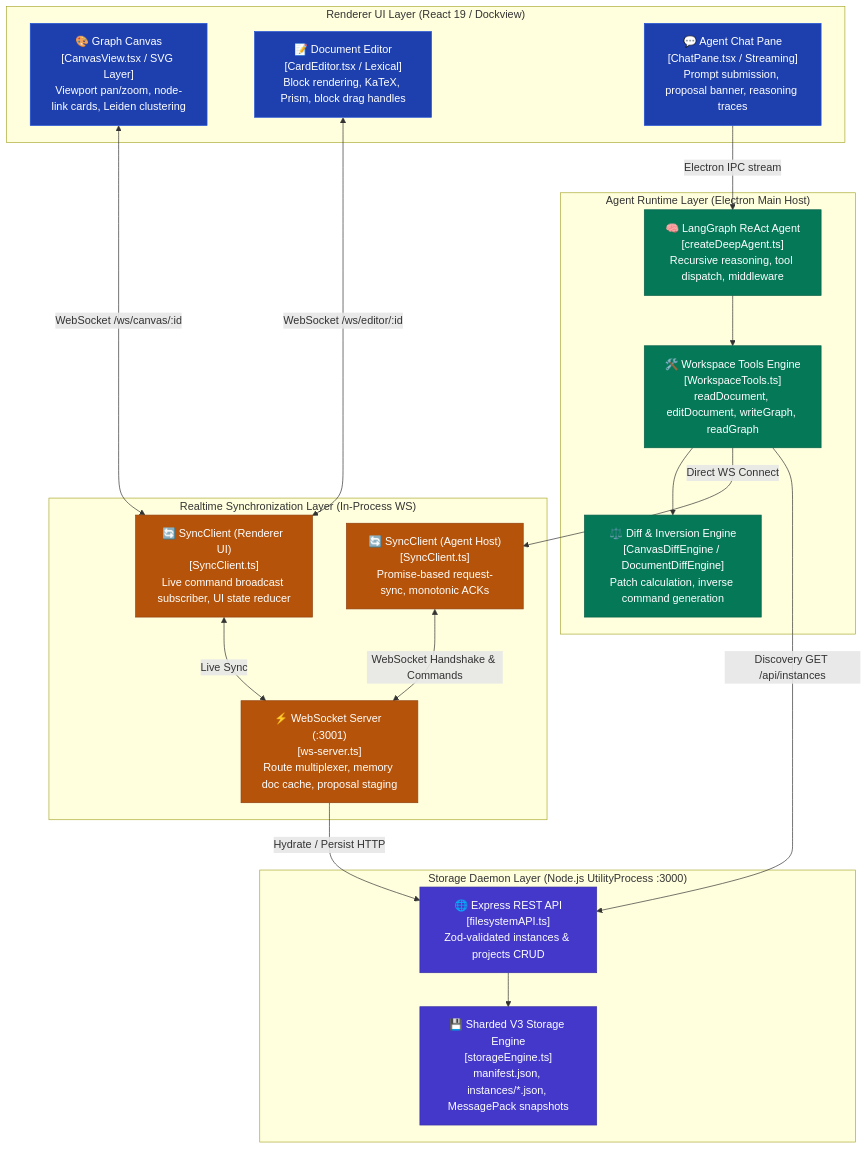
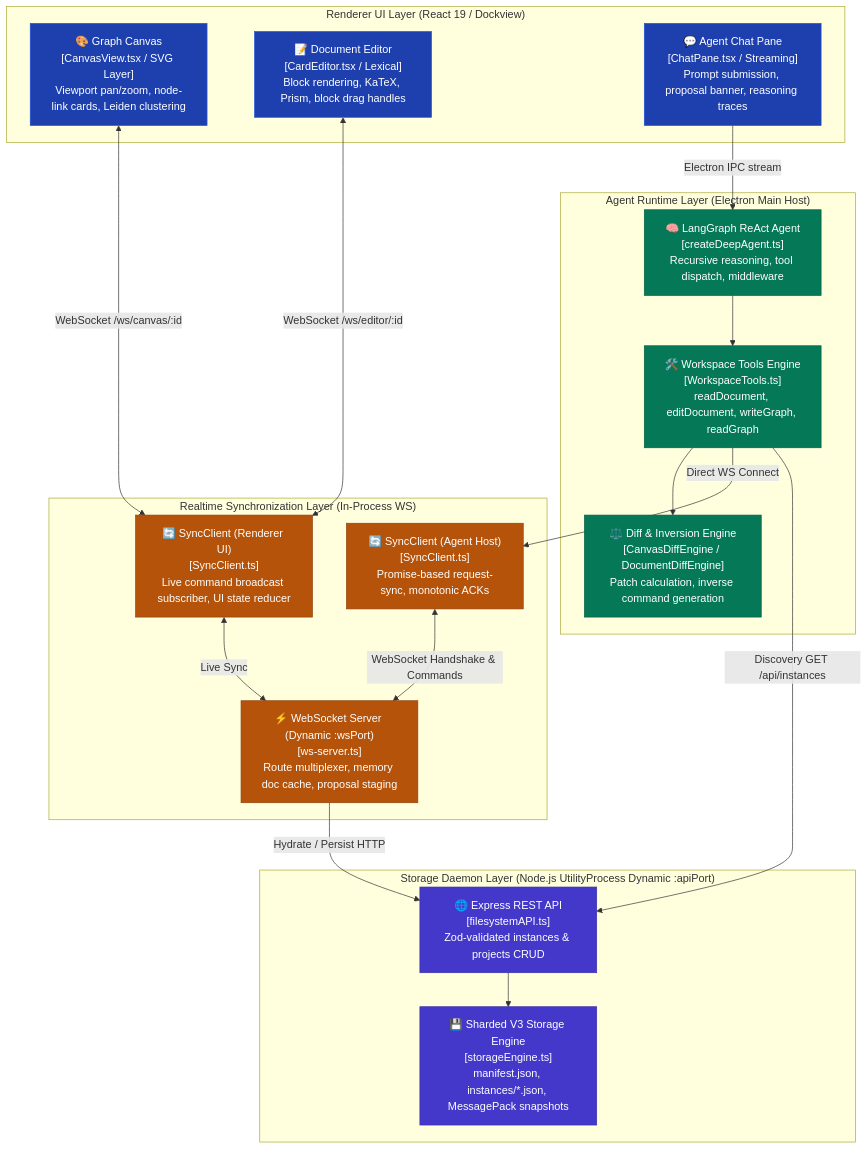
The first of 4 diagrams in docs/design-catalog/core-engine-wiring.md (Goldwaterfung/Collaragent), drawn with Mermaid before and after one commit. The commit also changed other lines of this file and 1 other file, not shown here.

Commit message:
Update api document

````diff
--- a/docs/design-catalog/core-engine-wiring.md
+++ b/docs/design-catalog/core-engine-wiring.md
@@ -11,47 +11,47 @@
 ```mermaid
 flowchart TB
     %% Architecture Topology Styling
     classDef ui fill:#1e40af,stroke:#1d4ed8,color:#fff;
     classDef agent fill:#047857,stroke:#065f46,color:#fff;
     classDef sync fill:#b45309,stroke:#92400e,color:#fff;
     classDef storage fill:#4338ca,stroke:#3730a3,color:#fff;
     classDef boundary fill:none,stroke:#64748b,stroke-width:2px,stroke-dasharray: 4 4;
 
     subgraph RendererLayer ["Renderer UI Layer (React 19 / Dockview)"]
         CanvasView["🎨 Graph Canvas<br/>[CanvasView.tsx / SVG Layer]<br/>Viewport pan/zoom, node-link cards, Leiden clustering"]:::ui
         EditorView["📝 Document Editor<br/>[CardEditor.tsx / Lexical]<br/>Block rendering, KaTeX, Prism, block drag handles"]:::ui
         ChatView["💬 Agent Chat Pane<br/>[ChatPane.tsx / Streaming]<br/>Prompt submission, proposal banner, reasoning traces"]:::ui
     end
 
     subgraph AgentLayer ["Agent Runtime Layer (Electron Main Host)"]
         AgentEngine["🧠 LangGraph ReAct Agent<br/>[createDeepAgent.ts]<br/>Recursive reasoning, tool dispatch, middleware"]:::agent
         WorkspaceTools["🛠️ Workspace Tools Engine<br/>[WorkspaceTools.ts]<br/>readDocument, editDocument, writeGraph, readGraph"]:::agent
         DiffEngine["⚖️ Diff & Inversion Engine<br/>[CanvasDiffEngine / DocumentDiffEngine]<br/>Patch calculation, inverse command generation"]:::agent
     end
 
     subgraph SyncLayer ["Realtime Synchronization Layer (In-Process WS)"]
-        WSServer["⚡ WebSocket Server (:3001)<br/>[ws-server.ts]<br/>Route multiplexer, memory doc cache, proposal staging"]:::sync
+        WSServer["⚡ WebSocket Server (Dynamic :wsPort)<br/>[ws-server.ts]<br/>Route multiplexer, memory doc cache, proposal staging"]:::sync
         SyncClientAgent["🔄 SyncClient (Agent Host)<br/>[SyncClient.ts]<br/>Promise-based request-sync, monotonic ACKs"]:::sync
         SyncClientUI["🔄 SyncClient (Renderer UI)<br/>[SyncClient.ts]<br/>Live command broadcast subscriber, UI state reducer"]:::sync
     end
 
-    subgraph StorageLayer ["Storage Daemon Layer (Node.js UtilityProcess :3000)"]
+    subgraph StorageLayer ["Storage Daemon Layer (Node.js UtilityProcess Dynamic :apiPort)"]
         RESTServer["🌐 Express REST API<br/>[filesystemAPI.ts]<br/>Zod-validated instances & projects CRUD"]:::storage
         CagentStorage["💾 Sharded V3 Storage Engine<br/>[storageEngine.ts]<br/>manifest.json, instances/*.json, MessagePack snapshots"]:::storage
     end
 
     %% Wiring Connections
     ChatView -->|"Electron IPC stream"| AgentEngine
     AgentEngine --> WorkspaceTools
     WorkspaceTools --> DiffEngine
     WorkspaceTools -->|"Direct WS Connect"| SyncClientAgent
     SyncClientAgent <-->|"WebSocket Handshake & Commands"| WSServer
     
     CanvasView <-->|"WebSocket /ws/canvas/:id"| SyncClientUI
     EditorView <-->|"WebSocket /ws/editor/:id"| SyncClientUI
     SyncClientUI <-->|"Live Sync"| WSServer
 
     WSServer -->|"Hydrate / Persist HTTP"| RESTServer
     WorkspaceTools -->|"Discovery GET /api/instances"| RESTServer
     RESTServer --> CagentStorage
 ```
````
